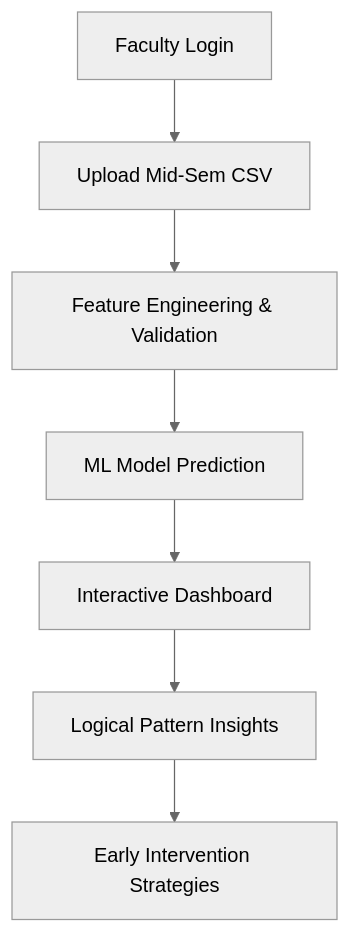
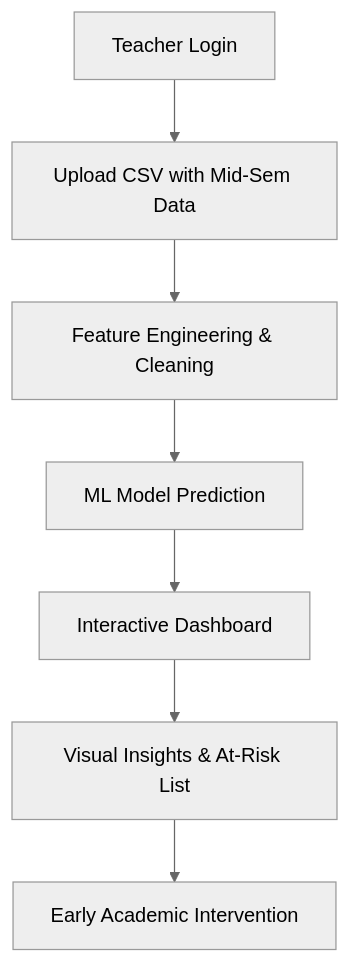
The diagram in README.md (atharvadhanwate11/DSM), drawn with Mermaid (neutral theme) before and after one commit. The commit also changed other lines of this file and 1 other file, not shown here.

````diff
--- a/README.md
+++ b/README.md
@@ -44,9 +43,9 @@
 ```mermaid
 graph TD
-    A[Faculty Login] --> B[Upload Mid-Sem CSV]
-    B --> C[Feature Engineering & Validation]
+    A[Teacher Login] --> B[Upload CSV with Mid-Sem Data]
+    B --> C[Feature Engineering & Cleaning]
     C --> D[ML Model Prediction]
     D --> E[Interactive Dashboard]
-    E --> F[Logical Pattern Insights]
-    F --> G[Early Intervention Strategies]
+    E --> F[Visual Insights & At-Risk List]
+    F --> G[Early Academic Intervention]
 ```
````
